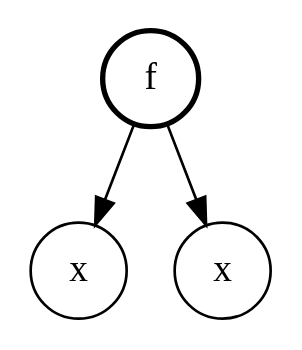
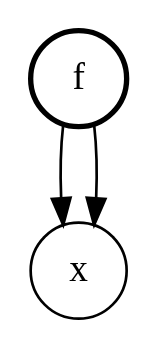
The diagram in tang/dot/fxx.dot (ejconlon/tang), drawn with Graphviz before and after one commit. The commit also changed 1 other file, not shown here.

```diff
--- a/tang/dot/fxx.dot
+++ b/tang/dot/fxx.dot
@@ -1,7 +1,6 @@
 digraph g {
   0 [forcelabels="true" label="x" xlabel="" shape="circle"]
-  1 [forcelabels="true" label="x" xlabel="" shape="circle"]
-  2 [forcelabels="true" label="f" xlabel="" shape="circle" style="bold"]
-  2 -> 0
-  2 -> 1
+  1 [forcelabels="true" label="f" xlabel="" shape="circle" style="bold"]
+  1 -> 0
+  1 -> 0
 }
```
